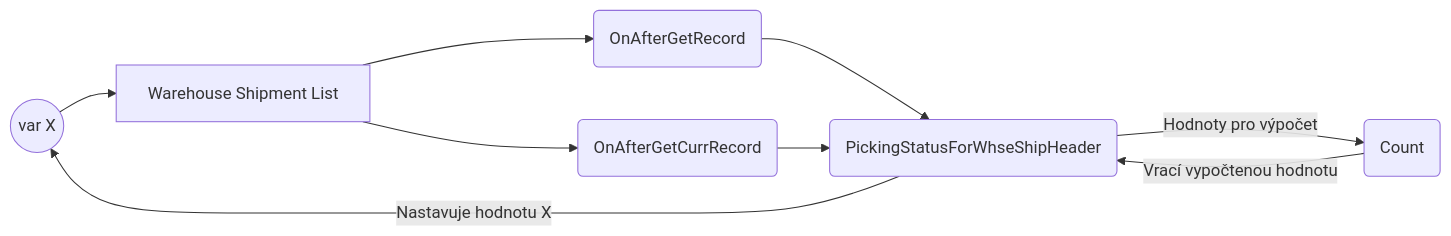
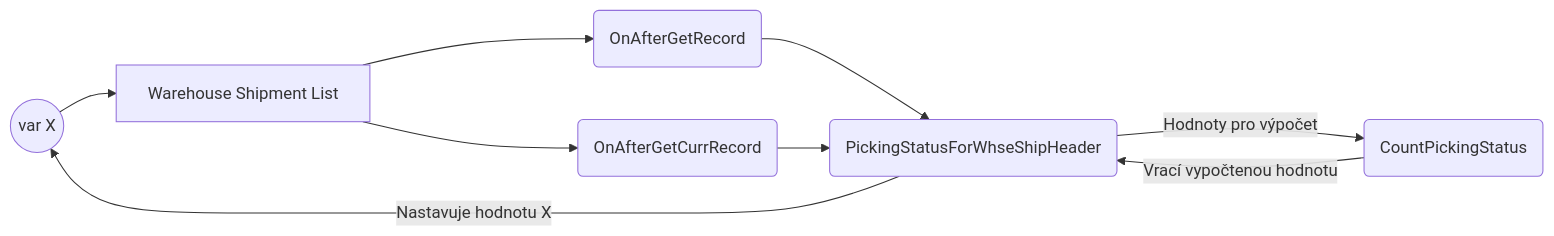
Before and after one commit to Pklimki/NVR: the diagram in Fields/Vypočítaná hodnota na page.md, drawn with Mermaid.

Commit message:
Update Vypočítaná hodnota na page.md

````diff
--- a/Fields/Vypočítaná hodnota na page.md
+++ b/Fields/Vypočítaná hodnota na page.md
@@ -25,7 +25,7 @@
 ```mermaid
 graph LR
 A((var X)) --> B[Warehouse Shipment List] --> C(OnAfterGetRecord) --> E(PickingStatusForWhseShipHeader)
 B --> D(OnAfterGetCurrRecord) --> E
 E -- Nastavuje hodnotu X --> A
-E -- Hodnoty pro výpočet --> F(Count) -- Vrací vypočtenou hodnotu --> E
+E -- Hodnoty pro výpočet --> F(CountPickingStatus) -- Vrací vypočtenou hodnotu --> E
 ```
````
